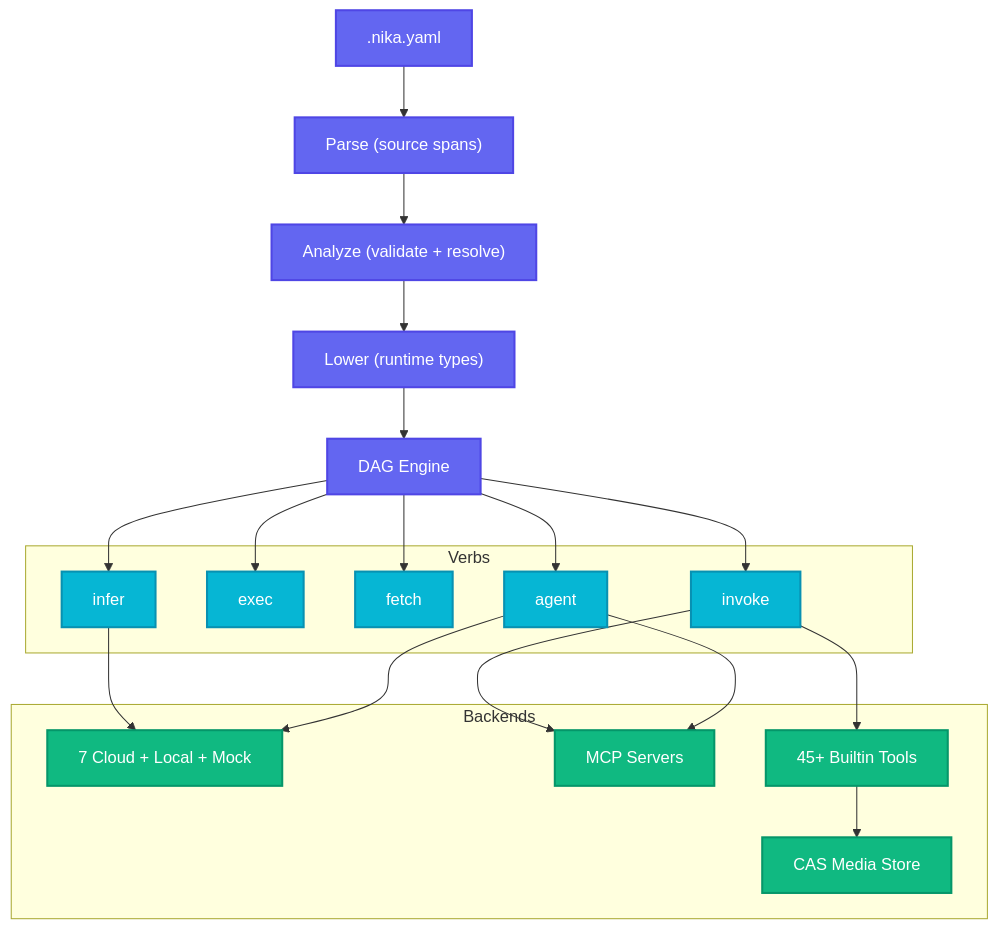
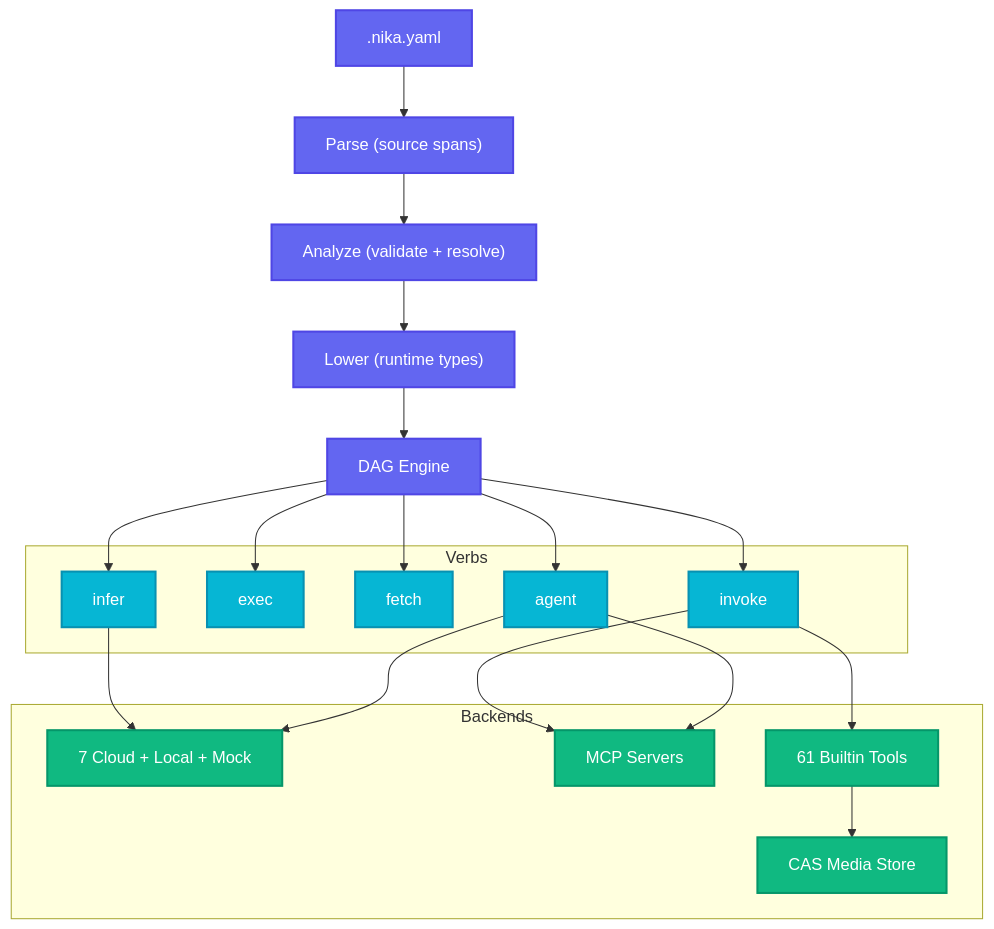
Before and after one commit to supernovae-st/nika: the second of 2 diagrams in README.md, drawn with Mermaid. The commit also changed other lines of this file and 6 other files, not shown here.

````diff
--- a/README.md
+++ b/README.md
@@ -466,36 +466,36 @@
 ```mermaid
 flowchart TD
     classDef phase fill:#6366f1,stroke:#4f46e5,stroke-width:2px,color:#fff
     classDef verb fill:#06b6d4,stroke:#0891b2,stroke-width:2px,color:#fff
     classDef backend fill:#10b981,stroke:#059669,stroke-width:2px,color:#fff
 
     YAML[".nika.yaml"]:::phase
     RAW["Parse (source spans)"]:::phase
     ANA["Analyze (validate + resolve)"]:::phase
     LOW["Lower (runtime types)"]:::phase
     DAG["DAG Engine"]:::phase
 
     YAML --> RAW --> ANA --> LOW --> DAG
 
     subgraph Verbs
         INF[infer]:::verb
         EXC[exec]:::verb
         FET[fetch]:::verb
         INV[invoke]:::verb
         AGT[agent]:::verb
     end
 
     DAG --> INF & EXC & FET & INV & AGT
 
     subgraph Backends
         PROV["7 Cloud + Local + Mock"]:::backend
         MCPS["MCP Servers"]:::backend
-        BUILT["45+ Builtin Tools"]:::backend
+        BUILT["61 Builtin Tools"]:::backend
         CAS["CAS Media Store"]:::backend
     end
 
     INF & AGT --> PROV
     INV & AGT --> MCPS
     INV --> BUILT
     BUILT --> CAS
 ```
````
